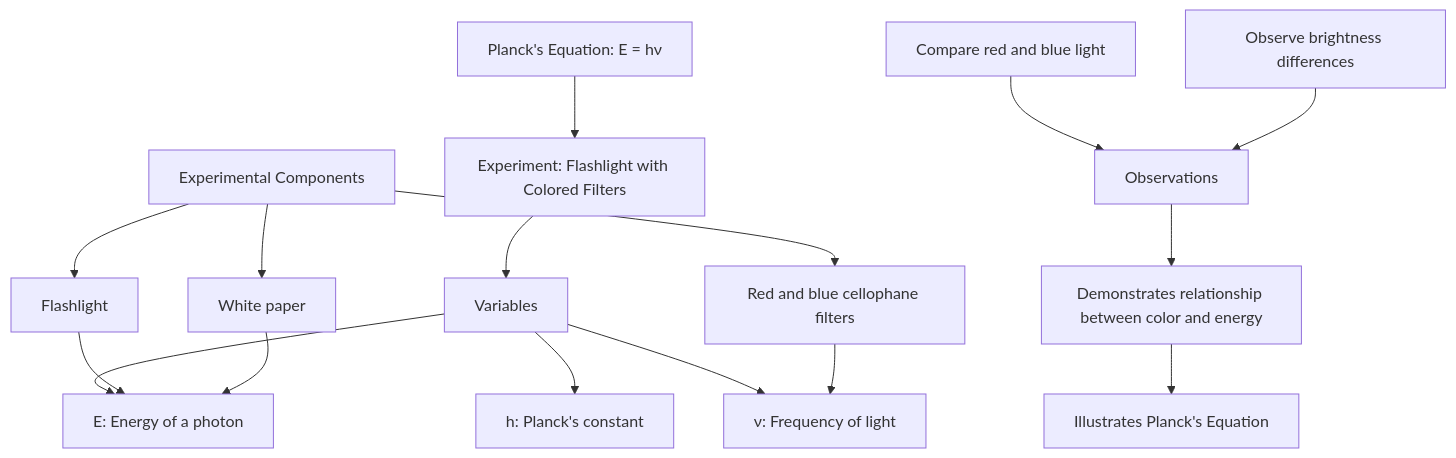
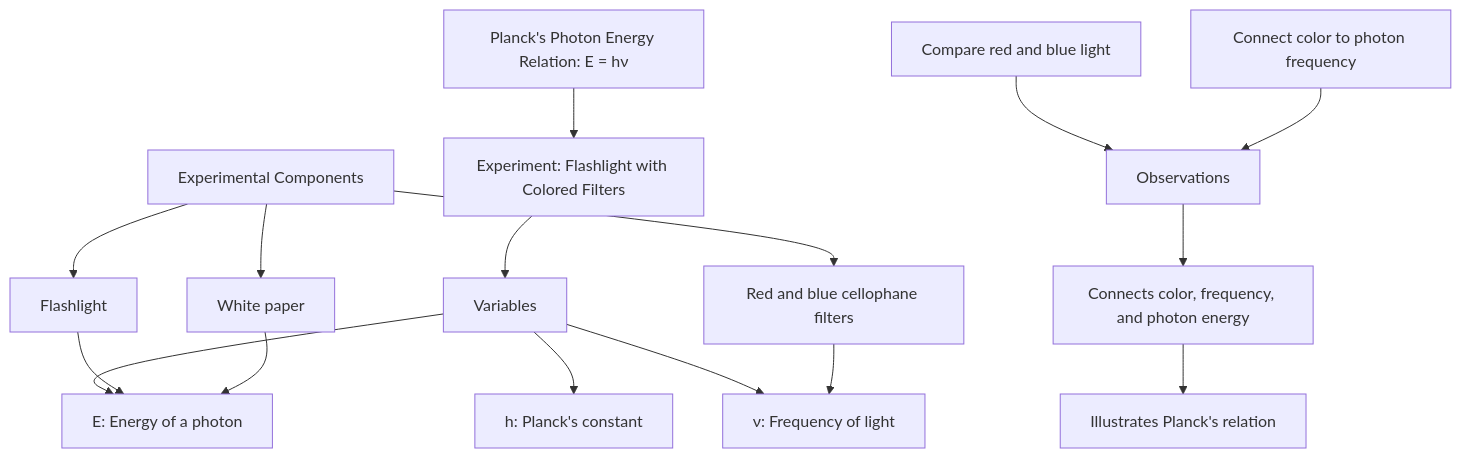
Before and after one commit to Josh-XT/math: diagram 12 of 35 in README.md, drawn with Mermaid. The commit also changed other lines of this file, not shown here.

````diff
--- a/README.md
+++ b/README.md
@@ -1136,23 +1140,23 @@
 ```mermaid
 graph TD
-    A["Planck's Equation: E = hν"] --> B["Experiment: Flashlight with Colored Filters"]
+    A["Planck's Photon Energy Relation: E = hν"] --> B["Experiment: Flashlight with Colored Filters"]
     B --> C["Variables"]
     C --> D["E: Energy of a photon"]
     C --> E["h: Planck's constant"]
     C --> F["ν: Frequency of light"]
     
     G["Experimental Components"] --> H["Flashlight"]
     G --> I["Red and blue cellophane filters"]
     G --> J["White paper"]
     
     H --> D
     I --> F
     J --> D
     
     K["Observations"]
     L["Compare red and blue light"] --> K
-    M["Observe brightness differences"] --> K
+    M["Connect color to photon frequency"] --> K
     
-    K --> N["Demonstrates relationship between color and energy"]
-    N --> O["Illustrates Planck's Equation"]
+    K --> N["Connects color, frequency, and photon energy"]
+    N --> O["Illustrates Planck's relation"]
 ```
````
